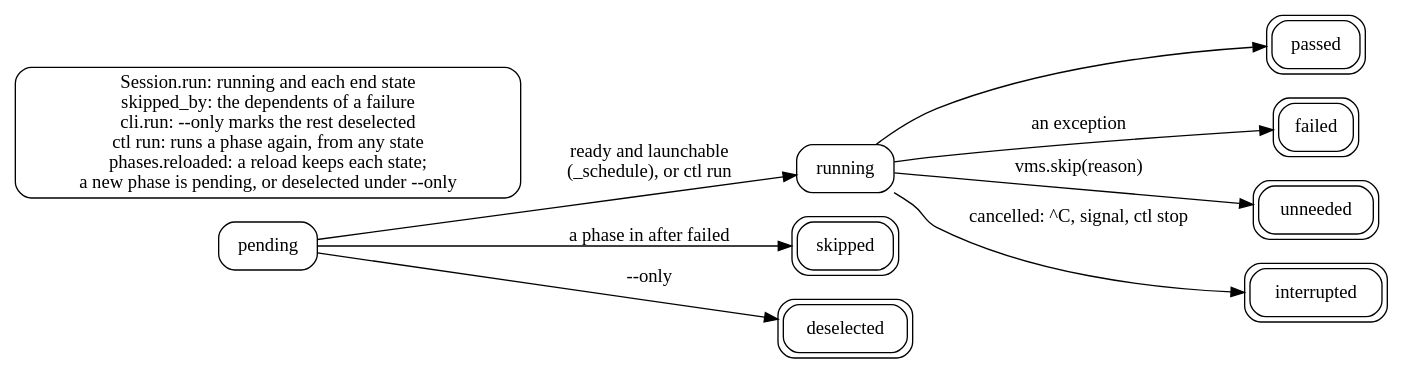
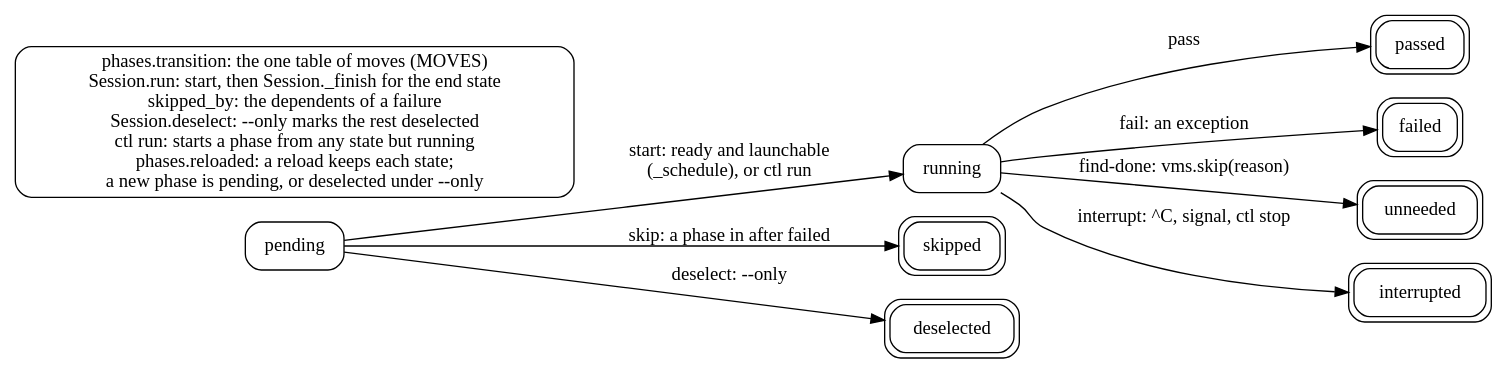
The diagram in vivarium/docs/architecture/phase-states.dot (nixidae/nixidae), drawn with Graphviz before and after one commit. The commit also changed 7 other files, not shown here.

First line of the commit message:
vivarium: one table of phase moves, and one emitter of phase_finished

```diff
--- a/vivarium/docs/architecture/phase-states.dot
+++ b/vivarium/docs/architecture/phase-states.dot
@@ -1,29 +1,29 @@
-// The states of one phase (`PhaseState`) and the code that moves a phase
-// from one to the next. Every phase starts `pending`.
+// The states of one phase (`PhaseState`) and the moves between them
+// (`phases.MOVES`). Every phase starts `pending`.
 digraph states {
   rankdir = LR;
   node [shape = box, style = rounded];
 
   pending;
   running;
   // An end state of the scheduler. `ctl run` and a reload are in the key.
   node [peripheries = 2];
   passed;
   failed;
   unneeded;
   skipped;
   interrupted;
   deselected;
   node [peripheries = 1];
 
   // The code behind each edge, as a box beside the graph.
-  key [shape = box, style = rounded, label = "Session.run: running and each end state\nskipped_by: the dependents of a failure\ncli.run: --only marks the rest deselected\nctl run: runs a phase again, from any state\nphases.reloaded: a reload keeps each state;\na new phase is pending, or deselected under --only", file = "pkgs/vivarium/vivarium/session.py", symbol = "Session.run"];
+  key [shape = box, style = rounded, label = "phases.transition: the one table of moves (MOVES)\nSession.run: start, then Session._finish for the end state\nskipped_by: the dependents of a failure\nSession.deselect: --only marks the rest deselected\nctl run: starts a phase from any state but running\nphases.reloaded: a reload keeps each state;\na new phase is pending, or deselected under --only", file = "pkgs/vivarium/vivarium/phases.py", symbol = "transition"];
 
-  pending -> running [label = "ready and launchable\n(_schedule), or ctl run"];
-  running -> passed;
-  running -> unneeded [label = "vms.skip(reason)"];
-  running -> failed [label = "an exception"];
-  running -> interrupted [label = "cancelled: ^C, signal, ctl stop"];
-  pending -> skipped [label = "a phase in after failed"];
-  pending -> deselected [label = "--only"];
+  pending -> running [label = "start: ready and launchable\n(_schedule), or ctl run"];
+  running -> passed [label = "pass"];
+  running -> unneeded [label = "find-done: vms.skip(reason)"];
+  running -> failed [label = "fail: an exception"];
+  running -> interrupted [label = "interrupt: ^C, signal, ctl stop"];
+  pending -> skipped [label = "skip: a phase in after failed"];
+  pending -> deselected [label = "deselect: --only"];
 }
```
